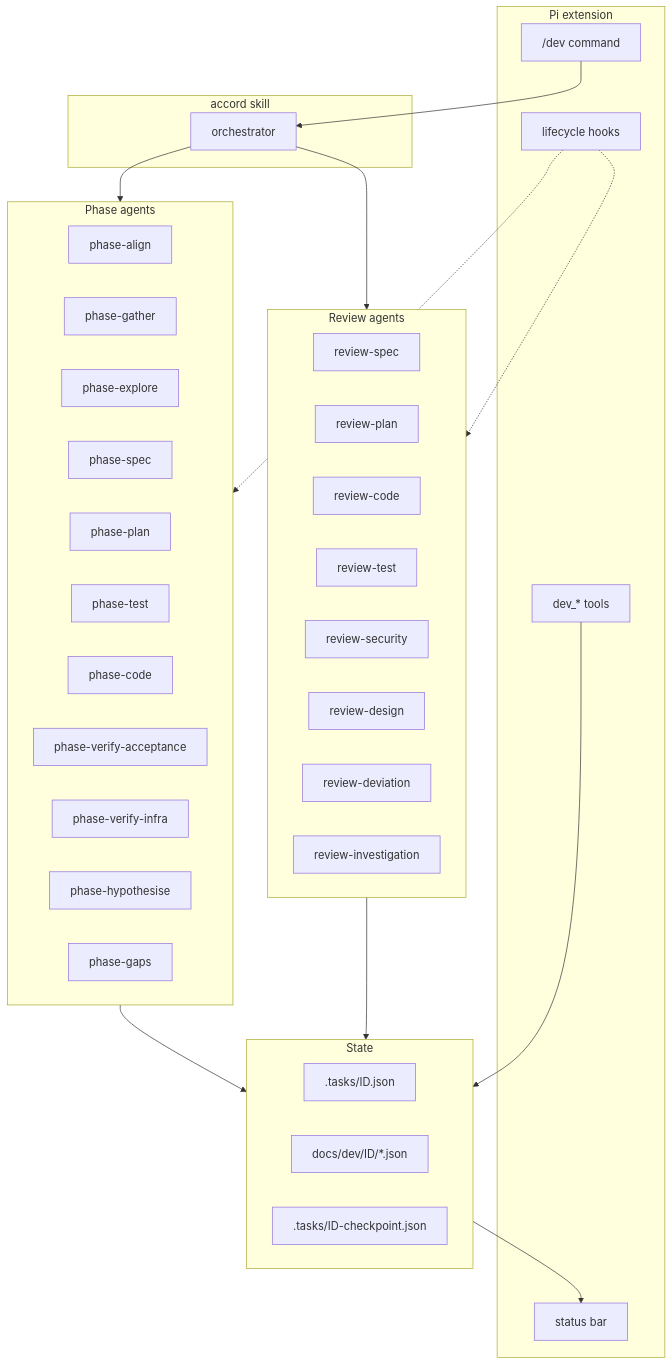
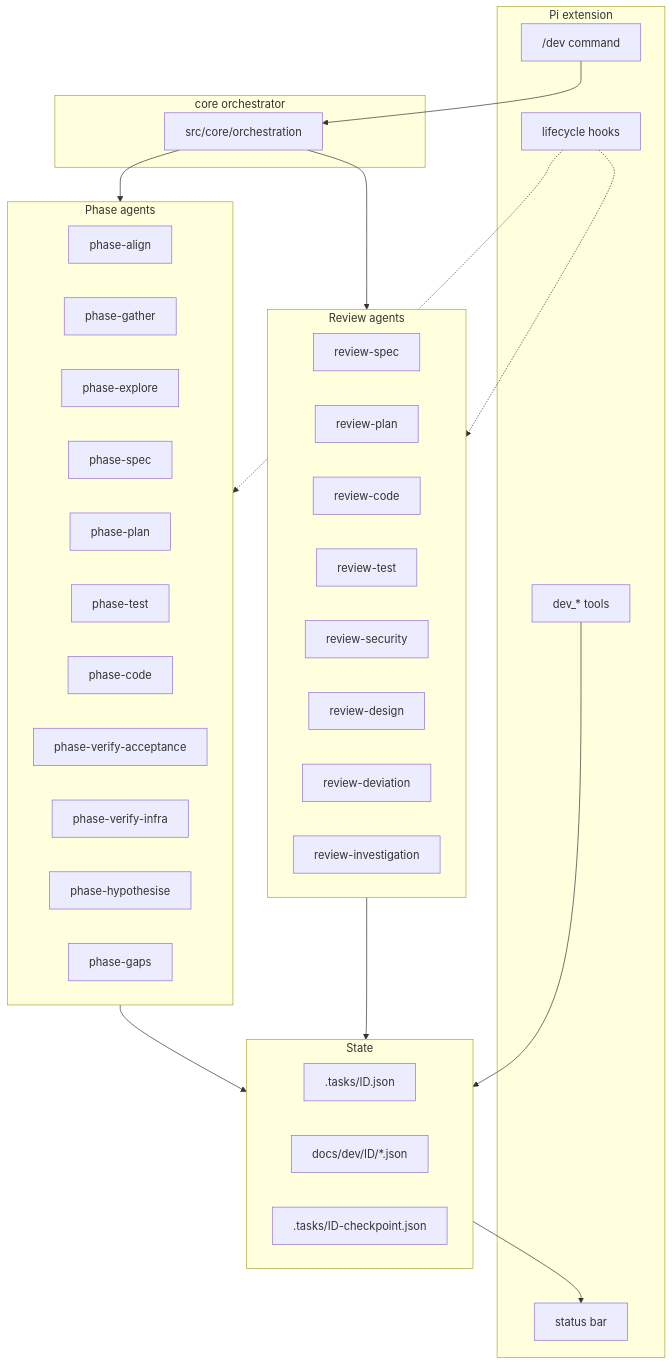
One commit to cshirley/accord changed the second of 7 diagrams in docs/accord-workflow.md. Above: the diagram before and after it, drawn with Mermaid. The commit also changed other lines of this file and 21 other files, not shown here.

First line of the commit message:
[DOCS] Align docs with core orchestrator and removed accord skill

````diff
--- a/docs/accord-workflow.md
+++ b/docs/accord-workflow.md
@@ -58,54 +58,54 @@
 ```mermaid
 flowchart TB
     subgraph Pi["Pi extension"]
         DEV["/dev command"]
         HOOKS["lifecycle hooks"]
         TOOLS["dev_* tools"]
         STATUS["status bar"]
     end
 
-    subgraph Skill["accord skill"]
-        SK["orchestrator"]
+    subgraph CoreOrch["core orchestrator"]
+        SK["src/core/orchestration"]
     end
 
     subgraph Phases["Phase agents"]
         PA["phase-align"]
         PG["phase-gather"]
         PE["phase-explore"]
         PS["phase-spec"]
         PP["phase-plan"]
         PT["phase-test"]
         PC["phase-code"]
         PVA["phase-verify-acceptance"]
         PVI["phase-verify-infra"]
         PH["phase-hypothesise"]
         PG2["phase-gaps"]
     end
 
     subgraph Reviews["Review agents"]
         RS["review-spec"]
         RP["review-plan"]
         RC["review-code"]
         RT["review-test"]
         RSEC["review-security"]
         RD["review-design"]
         RDEV["review-deviation"]
         RI["review-investigation"]
     end
 
     subgraph State["State"]
         WI[".tasks/ID.json"]
         ART["docs/dev/ID/*.json"]
         CP[".tasks/ID-checkpoint.json"]
     end
 
     DEV --> SK
     SK --> Phases
     SK --> Reviews
     Phases --> State
     Reviews --> State
     HOOKS -.-> Phases
     HOOKS -.-> Reviews
     TOOLS --> State
     State --> STATUS
 ```
````
